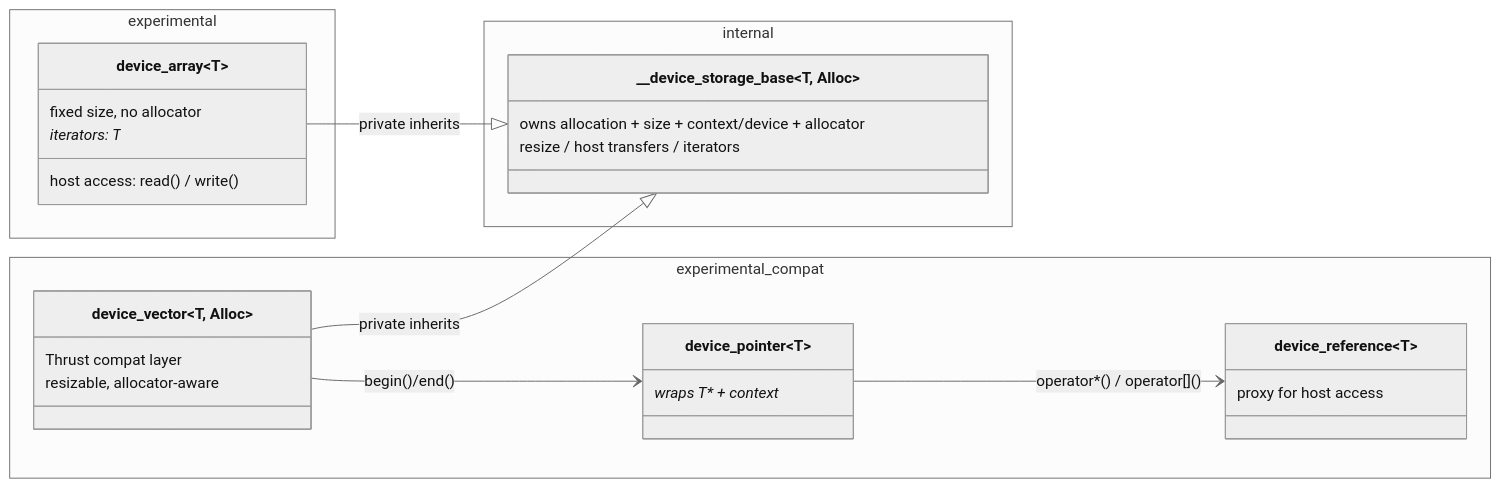
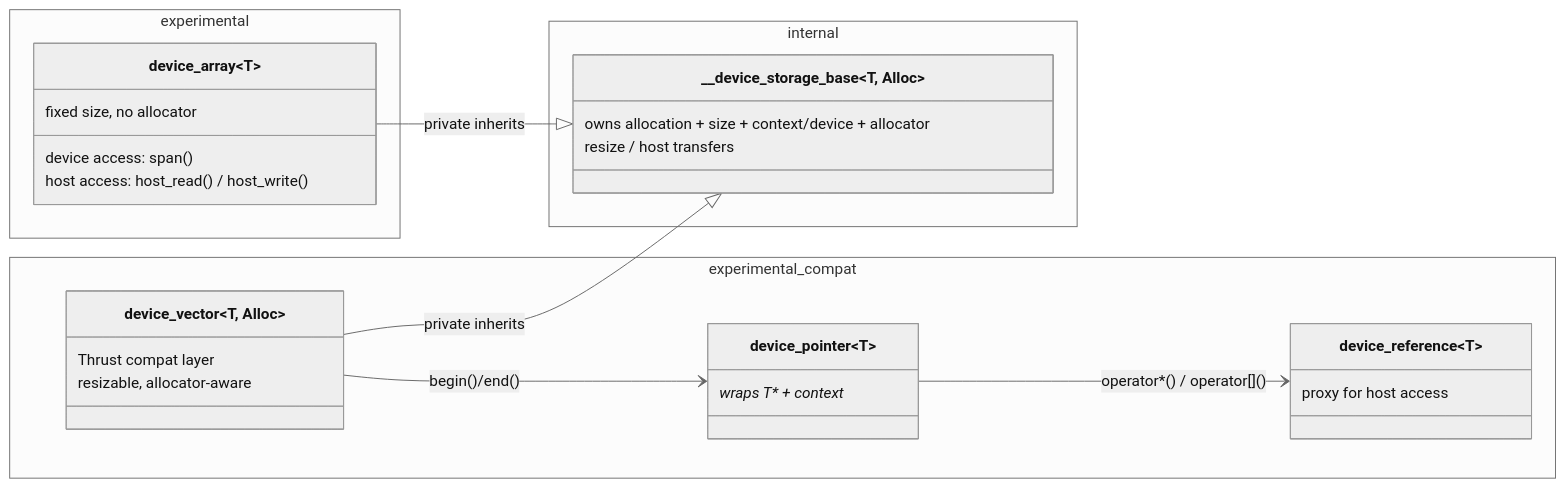
The diagram in rfcs/proposed/device_vector/README.md (uxlfoundation/oneDPL), drawn with Mermaid (neutral theme) before and after one commit. The commit also changed other lines of this file and 1 other file, not shown here.

Commit message:
minor cleanup with no iterators

````diff
--- a/rfcs/proposed/device_vector/README.md
+++ b/rfcs/proposed/device_vector/README.md
@@ -84,39 +85,39 @@
 ```mermaid
 classDiagram
     direction LR
 
     namespace internal {
         class __device_storage_base~T, Alloc~ {
             owns allocation + size + context/device + allocator
-            resize / host transfers / iterators
+            resize / host transfers
         }
     }
 
     namespace experimental {
         class device_array~T~ {
             fixed size, no allocator
-            iterators: T*
-            host access: read() / write()
+            device access: span()
+            host access: host_read() / host_write()
         }
     }
 
     namespace experimental_compat {
         class device_vector~T, Alloc~ {
             Thrust compat layer
             resizable, allocator-aware
         }
 
         class device_pointer~T~ {
             wraps T* + context*
         }
 
         class device_reference~T~ {
             proxy for host access
         }
     }
 
     device_array --|> __device_storage_base : private inherits
     device_vector --|> __device_storage_base : private inherits
     device_vector --> device_pointer : begin()/end()
     device_pointer --> device_reference : operator*() / operator[]()
 ```
````
